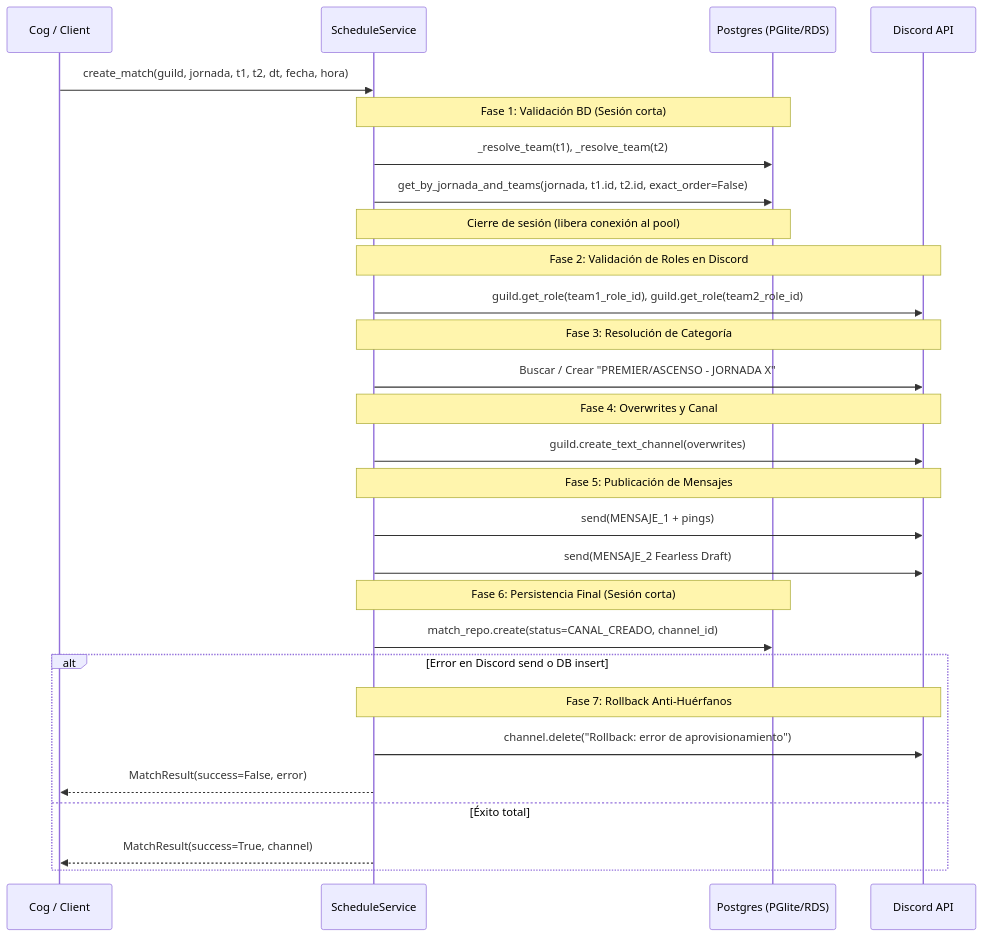
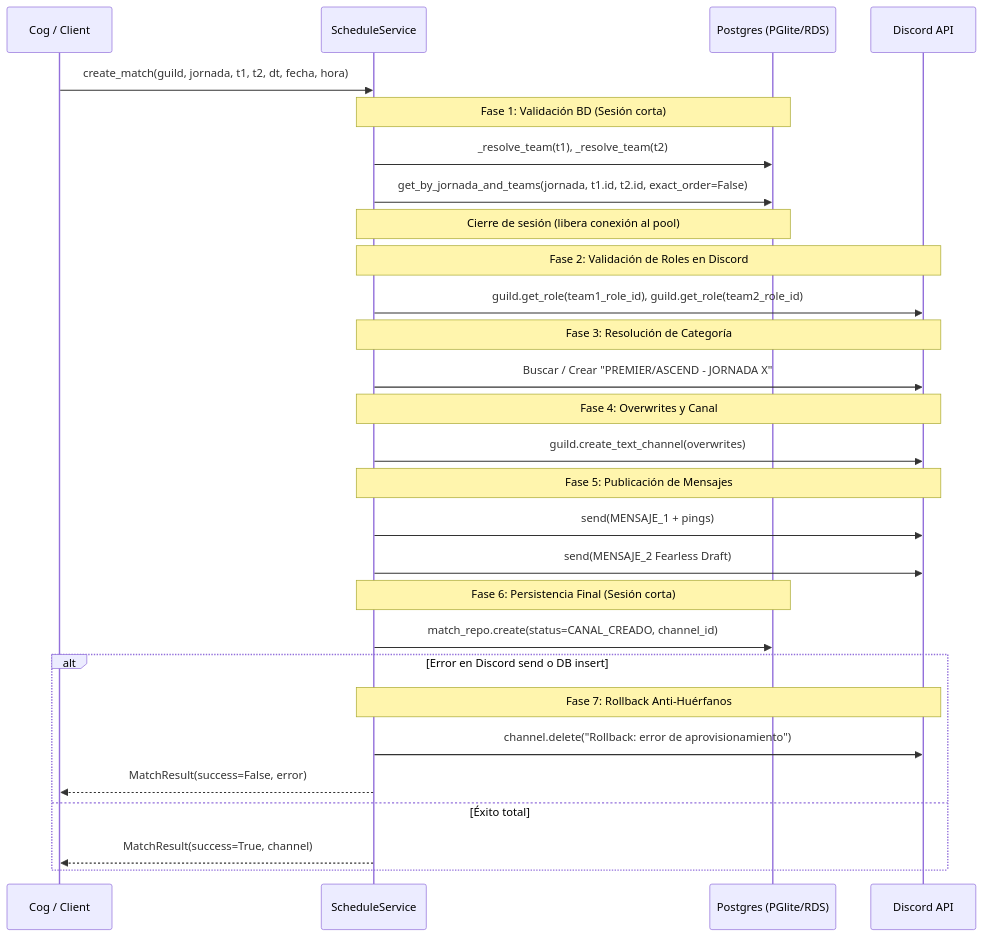
The diagram in docs/features/schedule/services.md (RCLTeam/DiscordBots), drawn with Mermaid before and after one commit. The commit also changed other lines of this file and 4 other files, not shown here.

````diff
--- a/docs/features/schedule/services.md
+++ b/docs/features/schedule/services.md
@@ -90,38 +90,38 @@
 ```mermaid
 sequenceDiagram
     participant Caller as Cog / Client
     participant Svc as ScheduleService
     participant DB as Postgres (PGlite/RDS)
     participant Disc as Discord API
 
     Caller->>Svc: create_match(guild, jornada, t1, t2, dt, fecha, hora)
     
     Note over Svc,DB: Fase 1: Validación BD (Sesión corta)
     Svc->>DB: _resolve_team(t1), _resolve_team(t2)
     Svc->>DB: get_by_jornada_and_teams(jornada, t1.id, t2.id, exact_order=False)
     Note over Svc,DB: Cierre de sesión (libera conexión al pool)
     
     Note over Svc,Disc: Fase 2: Validación de Roles en Discord
     Svc->>Disc: guild.get_role(team1_role_id), guild.get_role(team2_role_id)
     
     Note over Svc,Disc: Fase 3: Resolución de Categoría
-    Svc->>Disc: Buscar / Crear "PREMIER/ASCENSO - JORNADA X"
+    Svc->>Disc: Buscar / Crear "PREMIER/ASCEND - JORNADA X"
     
     Note over Svc,Disc: Fase 4: Overwrites y Canal
     Svc->>Disc: guild.create_text_channel(overwrites)
     
     Note over Svc,Disc: Fase 5: Publicación de Mensajes
     Svc->>Disc: send(MENSAJE_1 + pings)
     Svc->>Disc: send(MENSAJE_2 Fearless Draft)
     
     Note over Svc,DB: Fase 6: Persistencia Final (Sesión corta)
     Svc->>DB: match_repo.create(status=CANAL_CREADO, channel_id)
     
     alt Error en Discord send o DB insert
         Note over Svc,Disc: Fase 7: Rollback Anti-Huérfanos
         Svc->>Disc: channel.delete("Rollback: error de aprovisionamiento")
         Svc-->>Caller: MatchResult(success=False, error)
     else Éxito total
         Svc-->>Caller: MatchResult(success=True, channel)
     end
 ```
````
